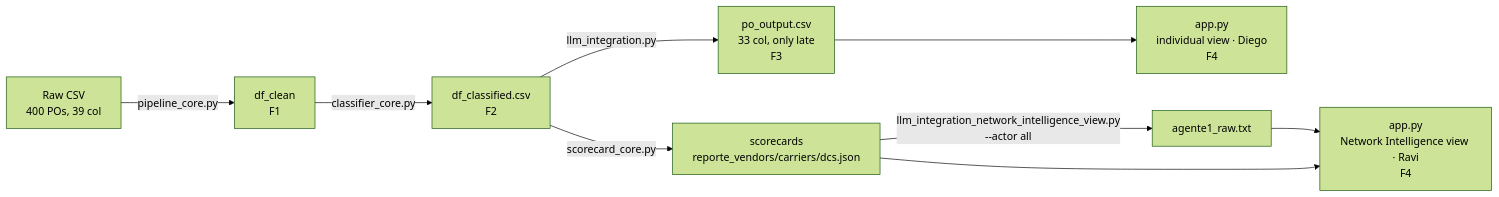
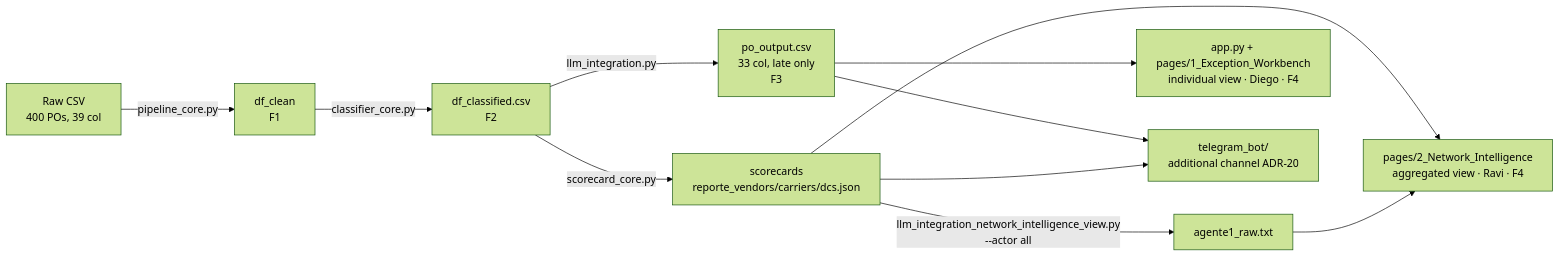
One commit to CCMarv/po-delay-analyzer changed the fourth of 4 diagrams in documentation/explicacion-proyecto.en.md. Above: the diagram before and after it, drawn with Mermaid (forest theme). The commit also changed other lines of this file and 13 other files, not shown here.

````diff
--- a/documentation/explicacion-proyecto.en.md
+++ b/documentation/explicacion-proyecto.en.md
@@ -204,11 +669,13 @@
 ```mermaid
 flowchart LR
     A[Raw CSV<br/>400 POs, 39 col] -->|pipeline_core.py| B[df_clean<br/>F1]
     B -->|classifier_core.py| C[df_classified.csv<br/>F2]
-    C -->|llm_integration.py| D[po_output.csv<br/>33 col, only late<br/>F3]
+    C -->|llm_integration.py| D[po_output.csv<br/>33 col, late only<br/>F3]
     C -->|scorecard_core.py| E[scorecards<br/>reporte_vendors/carriers/dcs.json]
     E -->|llm_integration_network_intelligence_view.py<br/>--actor all| F[agente1_raw.txt]
-    D --> G[app.py<br/>individual view · Diego<br/>F4]
-    E --> H[app.py<br/>Network Intelligence view · Ravi<br/>F4]
+    D --> G["app.py + pages/1_Exception_Workbench<br/>individual view · Diego · F4"]
+    E --> H["pages/2_Network_Intelligence<br/>aggregated view · Ravi · F4"]
     F --> H
+    D --> I[telegram_bot/<br/>additional channel ADR-20]
+    E --> I
 ```
````
